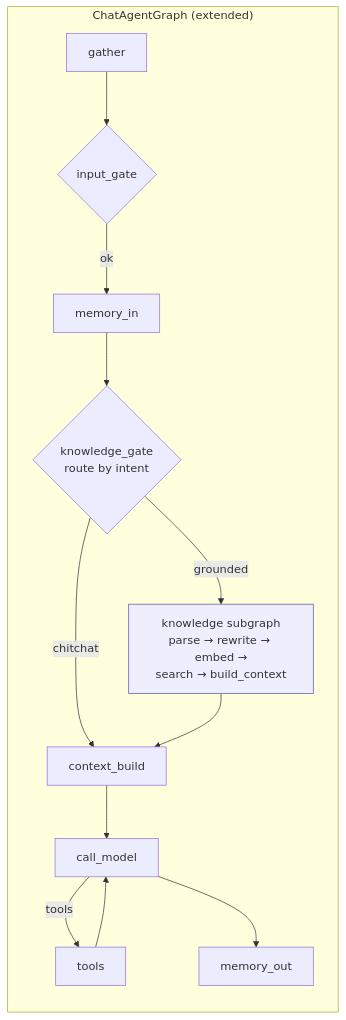
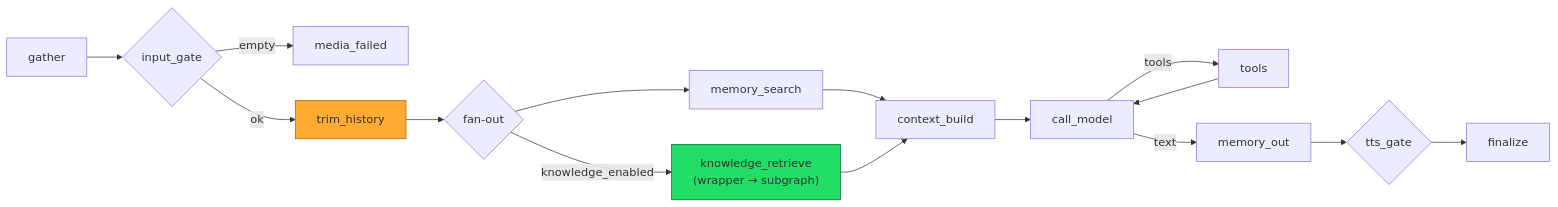
Before and after one commit to hiro-league/hiroleague: the fourth of 8 diagrams in docs/chat-rag.md, drawn with Mermaid. The commit also changed other lines of this file and 47 other files, not shown here.

````diff
--- a/docs/chat-rag.md
+++ b/docs/chat-rag.md
@@ -83,18 +132,17 @@
 ```mermaid
-flowchart TB
-    subgraph Chat["ChatAgentGraph (extended)"]
-        direction TB
-        G[gather] --> IG{input_gate}
-        IG -->|ok| MI[memory_in]
-        MI --> KGate{knowledge_gate<br/>route by intent}
-        KGate -->|grounded| KSG[knowledge subgraph<br/>parse → rewrite → embed →<br/>search → build_context]
-        KGate -->|chitchat| CB[context_build]
-        KSG --> CB
-        CB --> CM[call_model]
-        CM -->|tools| T[tools]
-        T --> CM
-        CM --> MO[memory_out]
-    end
+flowchart LR
+    GA[gather] --> IG{input_gate}
+    IG -->|empty| MF[media_failed]
+    IG -->|ok| TH[trim_history]
+    TH --> FO{fan-out}
+    FO --> MS[memory_search]
+    FO -->|"knowledge_enabled"| KR["knowledge_retrieve<br/>(wrapper → subgraph)"]
+    MS --> CB[context_build]
+    KR --> CB
+    CB --> CM[call_model]
+    CM -->|tools| T[tools] --> CM
+    CM -->|text| MO[memory_out] --> TTS{tts_gate} --> FIN[finalize]
 
-    style KSG fill:#eef,stroke:#55a
+    style TH fill:#fa3,stroke:#a60
+    style KR fill:#2d6,stroke:#063
 ```
````
